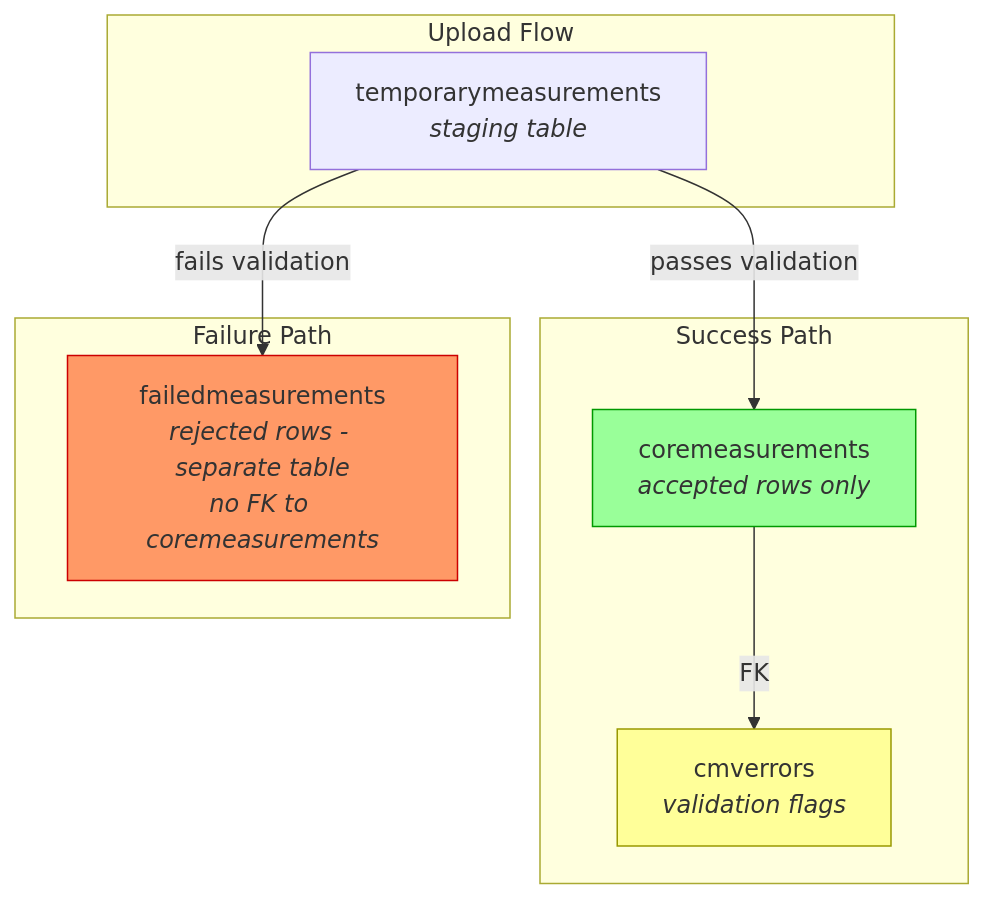
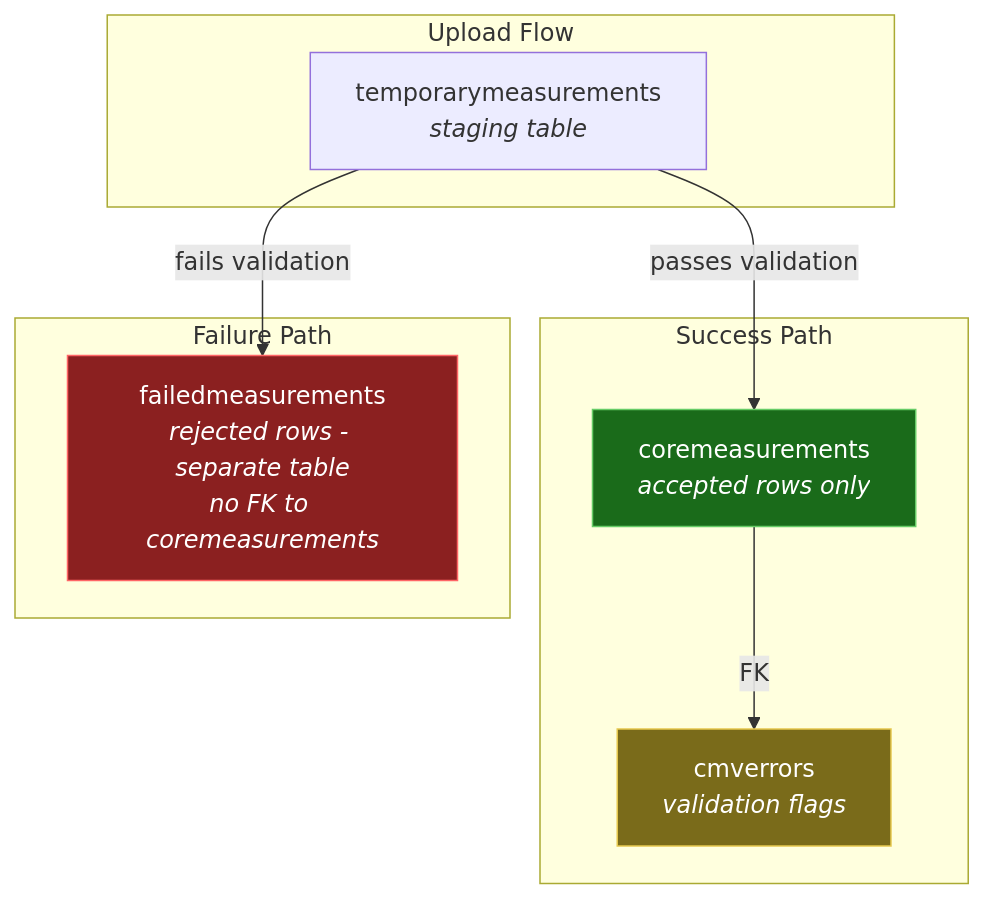
The first of 4 diagrams in unified-measurements-branch-overview.md (Smithsonian/ForestGEO), drawn with Mermaid before and after one commit. The commit also changed other lines of this file and 10 other files, not shown here.

````diff
--- a/unified-measurements-branch-overview.md
+++ b/unified-measurements-branch-overview.md
@@ -9,23 +9,23 @@
 ```mermaid
 graph TD
     subgraph "Upload Flow"
         TMP[temporarymeasurements<br/><i>staging table</i>]
     end
 
     subgraph "Success Path"
         CM1[coremeasurements<br/><i>accepted rows only</i>]
         CMV[cmverrors<br/><i>validation flags</i>]
         CM1 -->|FK| CMV
     end
 
     subgraph "Failure Path"
         FM[failedmeasurements<br/><i>rejected rows - separate table</i><br/><i>no FK to coremeasurements</i>]
     end
 
     TMP -->|"passes validation"| CM1
     TMP -->|"fails validation"| FM
 
-    style FM fill:#f96,stroke:#c00
-    style CMV fill:#ff9,stroke:#990
-    style CM1 fill:#9f9,stroke:#090
+    style FM fill:#8b2020,stroke:#ff6666,color:#fff
+    style CMV fill:#7a6b1a,stroke:#e6c84d,color:#fff
+    style CM1 fill:#1a6b1a,stroke:#66cc66,color:#fff
 ```
````
